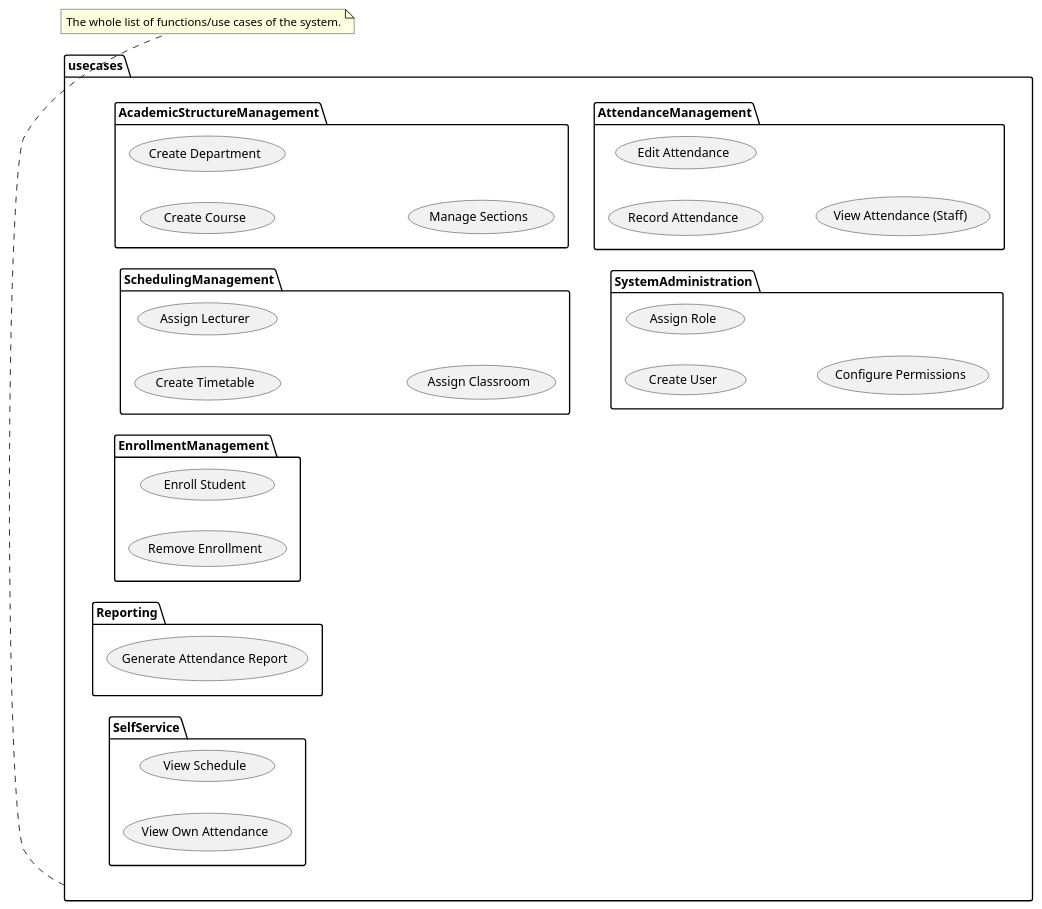
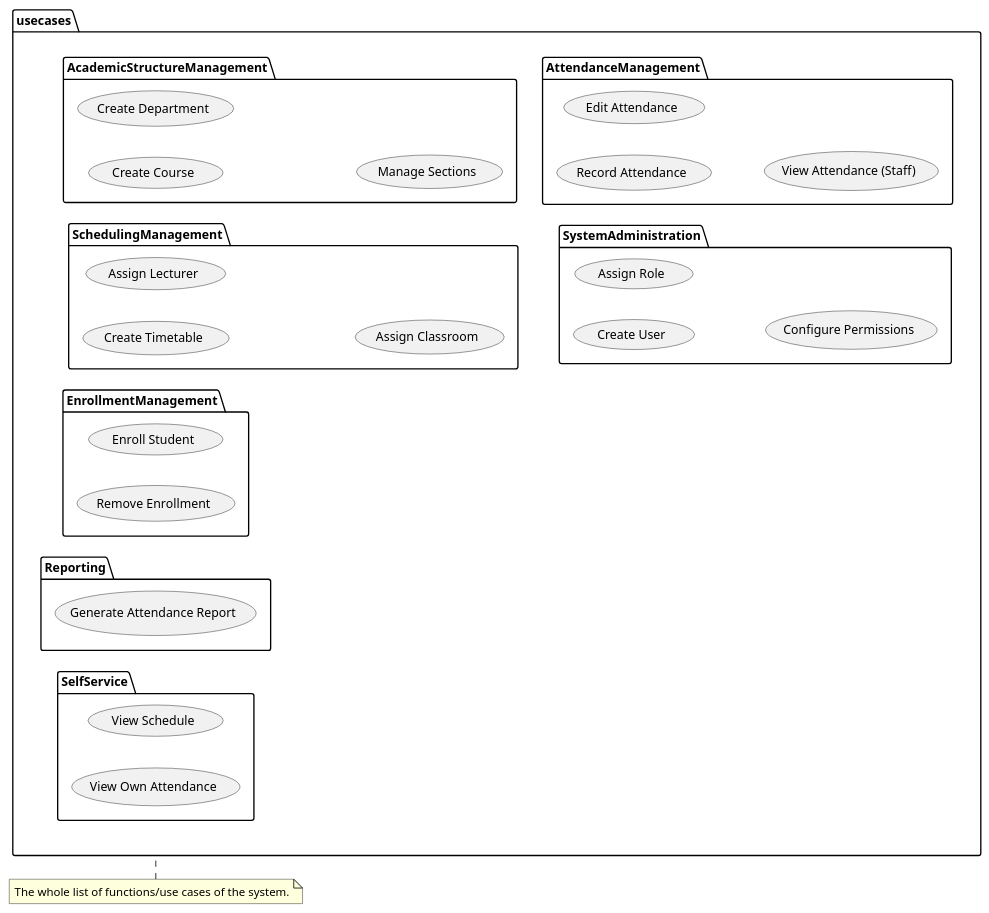
The diagram in docs/uml/02-usecases.puml (TechnoDamo/OpenCampus), drawn with PlantUML before and after one commit. The commit also changed 2 other files, not shown here.

```diff
--- a/docs/uml/02-usecases.puml
+++ b/docs/uml/02-usecases.puml
@@ -1,48 +1,48 @@
 @startuml
 left to right direction
 
 package usecases {
 
 package AcademicStructureManagement {
     usecase "Create Course" as UC1
     usecase "Create Department" as UC2
     usecase "Manage Sections" as UC3
 }
 
 package SchedulingManagement {
     usecase "Create Timetable" as UC4
     usecase "Assign Lecturer" as UC5
     usecase "Assign Classroom" as UC6
 }
 
 package AttendanceManagement {
     usecase "Record Attendance" as UC7
     usecase "Edit Attendance" as UC8
     usecase "View Attendance (Staff)" as UC9
 }
 
 package EnrollmentManagement {
     usecase "Enroll Student" as UC10
     usecase "Remove Enrollment" as UC11
 }
 
 package Reporting {
     usecase "Generate Attendance Report" as UC12
 }
 
 package SystemAdministration {
     usecase "Create User" as UC13
     usecase "Assign Role" as UC14
     usecase "Configure Permissions" as UC15
 }
 
 package SelfService {
     usecase "View Schedule" as UC16
     usecase "View Own Attendance" as UC17
 }
 }
 
-note bottom of (usecases) 
+note top of (usecases) 
 The whole list of functions/use cases of the system.
 end note
 @enduml 
```
